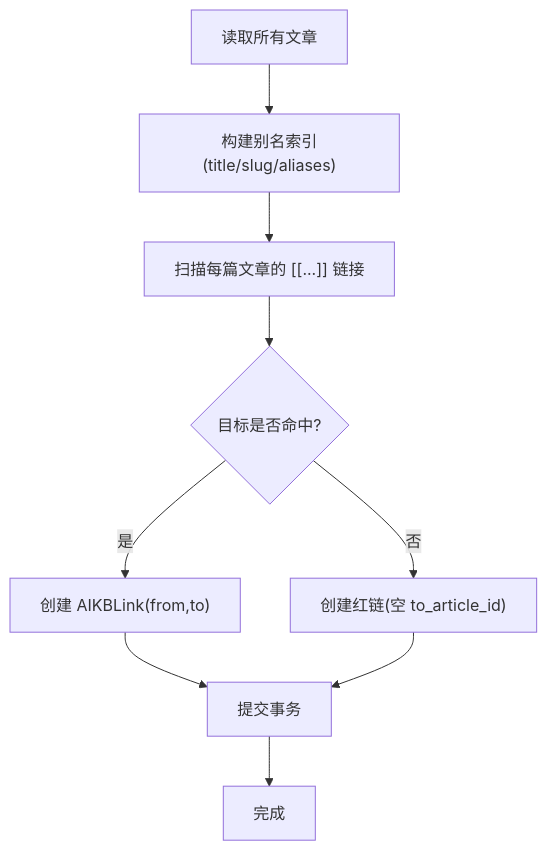
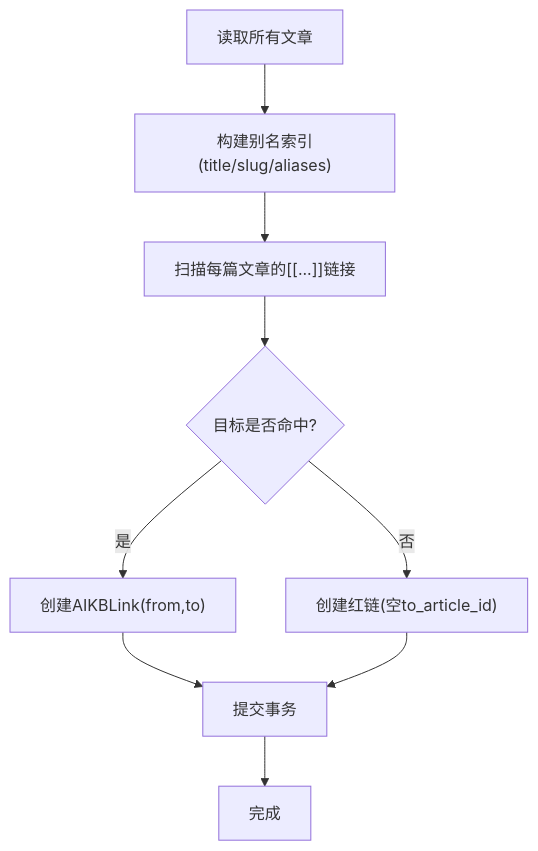
One commit to beyondalbert/my_wiki changed the fifth of 7 diagrams in .qoder/repowiki/zh/content/核心模块/AI知识库模块/AI知识库模块.md. Above: the diagram before and after it, drawn with Mermaid. The commit also changed other lines of this file and 10 other files, not shown here.

````diff
--- a/.qoder/repowiki/zh/content/核心模块/AI知识库模块/AI知识库模块.md
+++ b/.qoder/repowiki/zh/content/核心模块/AI知识库模块/AI知识库模块.md
@@ -215,11 +245,11 @@
 ```mermaid
 flowchart TD
 A["读取所有文章"] --> B["构建别名索引(title/slug/aliases)"]
-B --> C["扫描每篇文章的 [[...]] 链接"]
+B --> C["扫描每篇文章的[[...]]链接"]
 C --> D{"目标是否命中?"}
-D --> |是| E["创建 AIKBLink(from,to)"]
-D --> |否| F["创建红链(空 to_article_id)"]
+D --> |是| E["创建AIKBLink(from,to)"]
+D --> |否| F["创建红链(空to_article_id)"]
 E --> G["提交事务"]
 F --> G
 G --> H["完成"]
 ```
````
